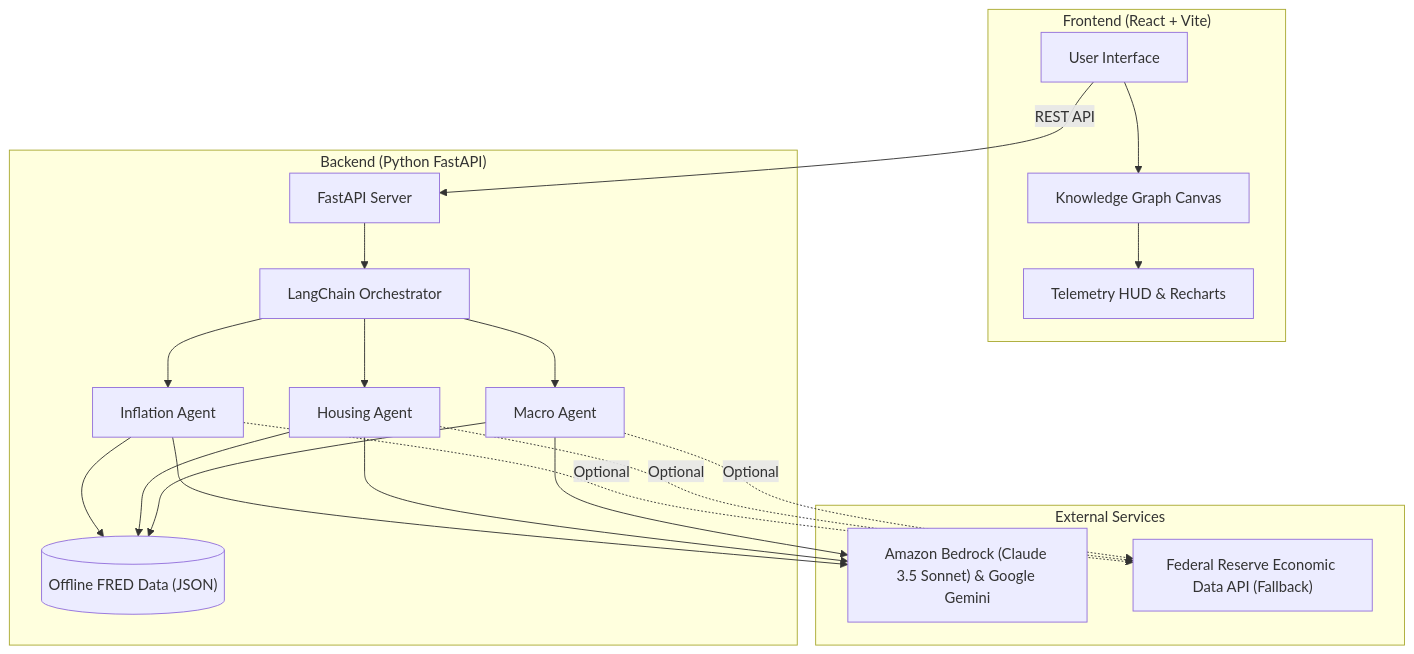
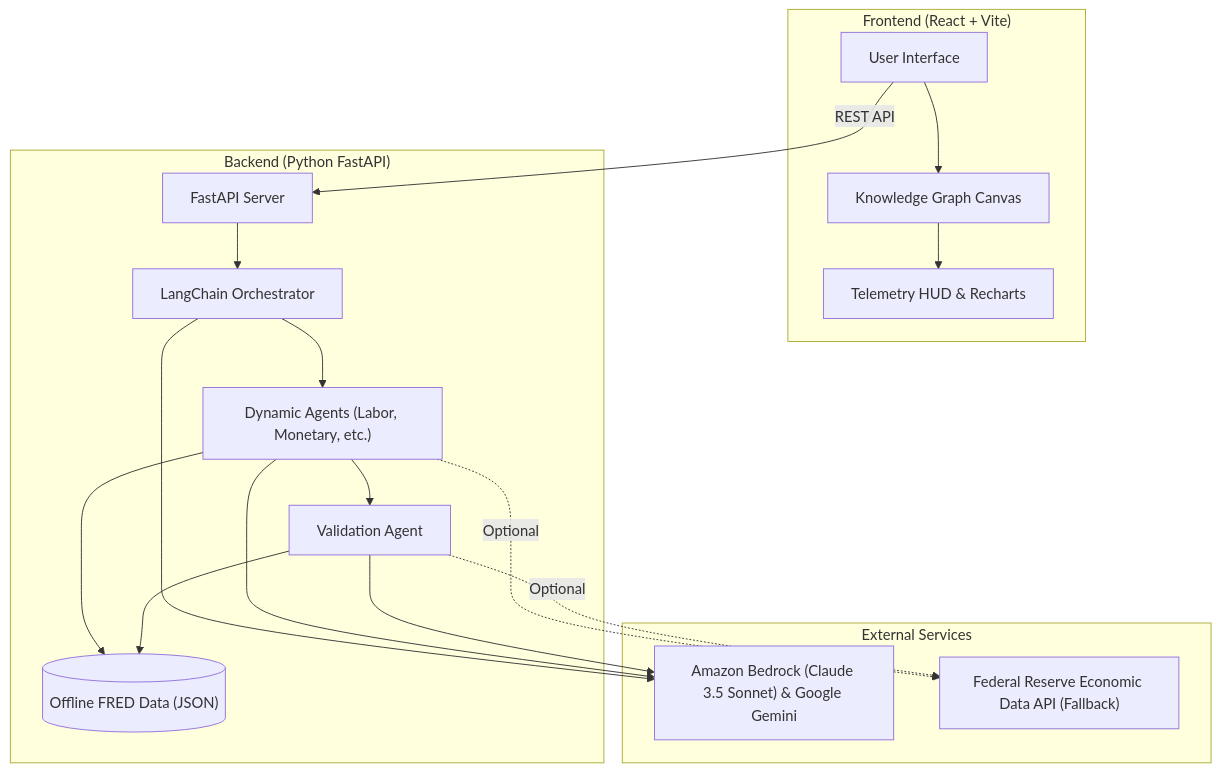
The diagram in README.md (vishraj/fred-knowledge-graph), drawn with Mermaid before and after one commit. The commit also changed other lines of this file, not shown here.

Commit message:
docs: update README to reflect dynamic agent architecture and validation agent

````diff
--- a/README.md
+++ b/README.md
@@ -14,40 +14,36 @@
 ```mermaid
 graph TD
     subgraph Frontend ["Frontend (React + Vite)"]
         UI["User Interface"]
         HUD["Telemetry HUD & Recharts"]
         Graph["Knowledge Graph Canvas"]
         UI --> Graph
         Graph --> HUD
     end
 
     subgraph Backend ["Backend (Python FastAPI)"]
         API["FastAPI Server"]
         Orchestrator["LangChain Orchestrator"]
-        Agent1["Inflation Agent"]
-        Agent2["Housing Agent"]
-        Agent3["Macro Agent"]
+        DynamicAgents["Dynamic Agents (Labor, Monetary, etc.)"]
+        ValidationAgent["Validation Agent"]
         LocalData[("Offline FRED Data (JSON)")]
         
         API --> Orchestrator
-        Orchestrator --> Agent1
-        Orchestrator --> Agent2
-        Orchestrator --> Agent3
-        Agent1 --> LocalData
-        Agent2 --> LocalData
-        Agent3 --> LocalData
+        Orchestrator --> DynamicAgents
+        DynamicAgents --> ValidationAgent
+        DynamicAgents --> LocalData
+        ValidationAgent --> LocalData
     end
 
     subgraph External ["External Services"]
         LLM["Amazon Bedrock (Claude 3.5 Sonnet) & Google Gemini"]
         FRED["Federal Reserve Economic Data API (Fallback)"]
     end
 
     UI -- "REST API" --> API
-    Agent1 --> LLM
-    Agent2 --> LLM
-    Agent3 --> LLM
-    Agent1 -. "Optional" .-> FRED
-    Agent2 -. "Optional" .-> FRED
-    Agent3 -. "Optional" .-> FRED
+    Orchestrator --> LLM
+    DynamicAgents --> LLM
+    ValidationAgent --> LLM
+    DynamicAgents -. "Optional" .-> FRED
+    ValidationAgent -. "Optional" .-> FRED
 ```
````
